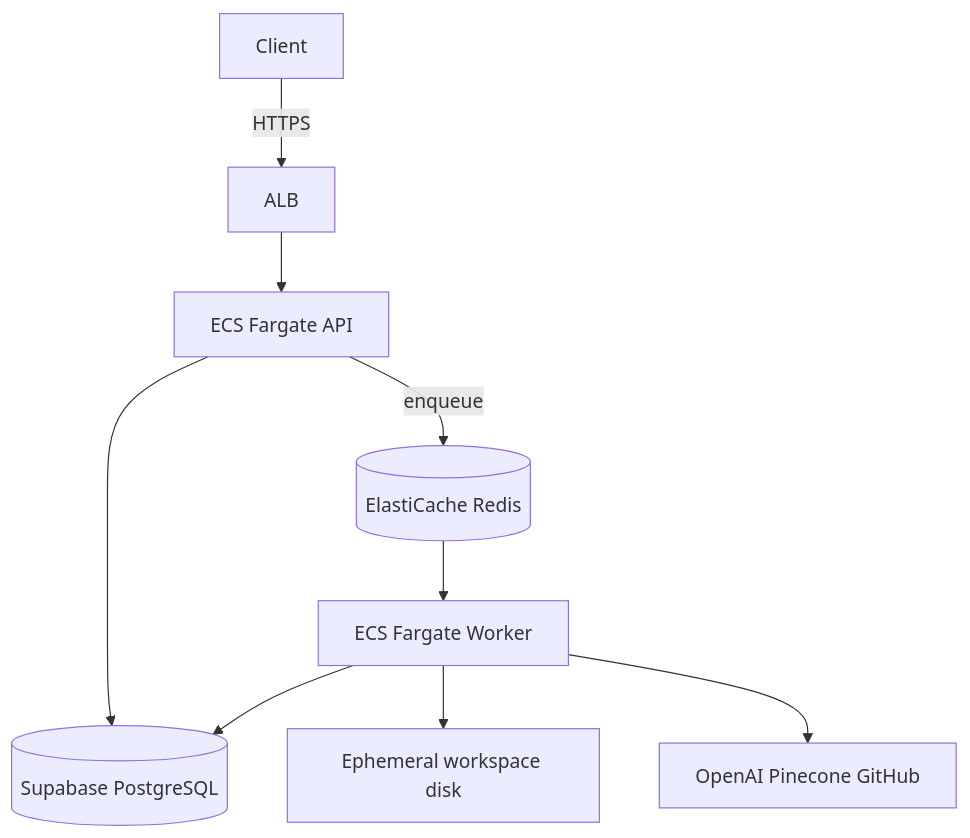
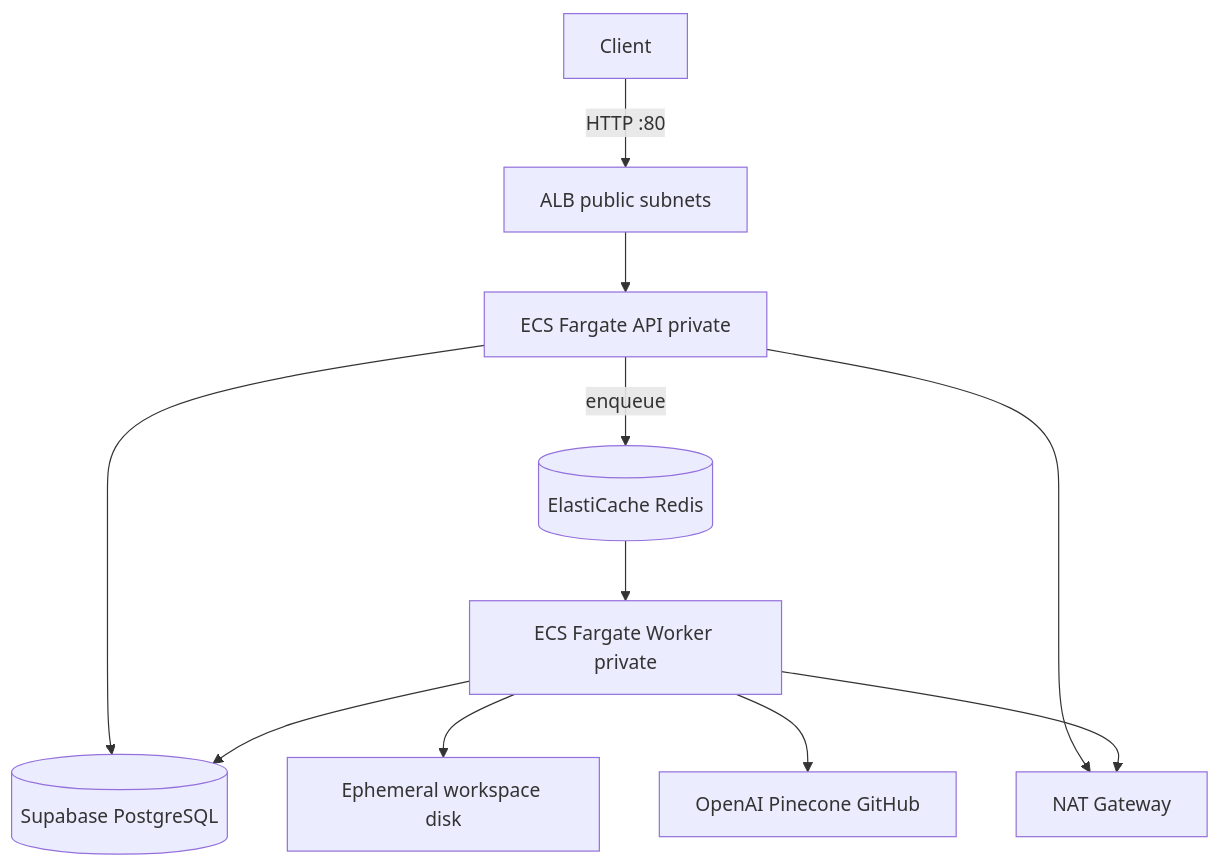
One commit to eli22443/ai-agent-platform changed the fourth of 5 diagrams in docs/architecture.md. Above: the diagram before and after it, drawn with Mermaid. The commit also changed other lines of this file and 7 other files, not shown here.

````diff
--- a/docs/architecture.md
+++ b/docs/architecture.md
@@ -186,11 +187,13 @@
 ```mermaid
 flowchart TD
-    Client["Client"] -->|HTTPS| ALB["ALB"]
-    ALB --> API["ECS Fargate API"]
+    Client["Client"] -->|HTTP :80| ALB["ALB public subnets"]
+    ALB --> API["ECS Fargate API private"]
     API -->|enqueue| Redis[("ElastiCache Redis")]
     API --> DB[("Supabase PostgreSQL")]
-    Redis --> Worker["ECS Fargate Worker"]
+    Redis --> Worker["ECS Fargate Worker private"]
     Worker --> DB
     Worker --> WS["Ephemeral workspace disk"]
     Worker --> Ext["OpenAI Pinecone GitHub"]
+    API --> NAT["NAT Gateway"]
+    Worker --> NAT
 ```
````
